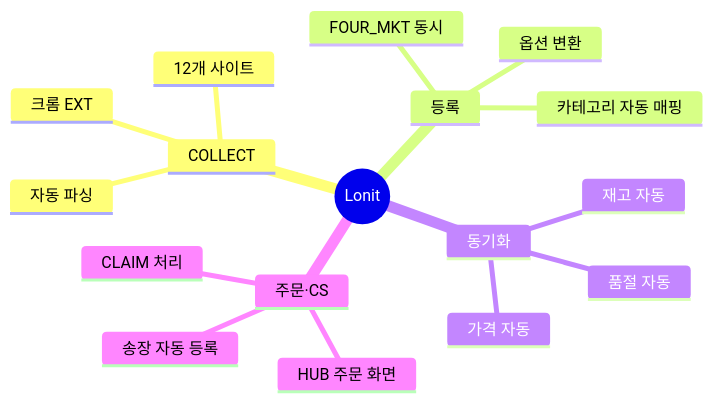
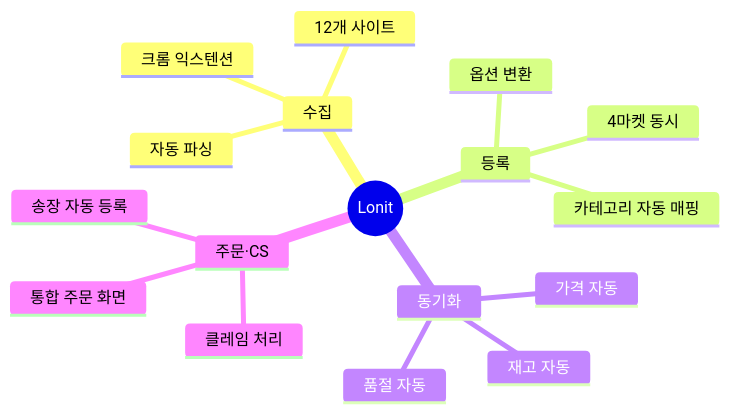
The second of 10 diagrams in docs/02-architecture.md (cksdud5785-design/lonit-manual), drawn with Mermaid before and after one commit. The commit also changed other lines of this file and 4 other files, not shown here.

First line of the commit message:
fix: mermaid 라벨 false positive 한국어 복원

````diff
--- a/docs/02-architecture.md
+++ b/docs/02-architecture.md
@@ -52,20 +52,20 @@
 ```mermaid
 mindmap
   root((Lonit))
-    COLLECT
-      크롬 EXT
+    수집
+      크롬 익스텐션
       12개 사이트
       자동 파싱
     등록
-      FOUR_MKT 동시
+      4마켓 동시
       카테고리 자동 매핑
       옵션 변환
     동기화
       가격 자동
       재고 자동
       품절 자동
     주문·CS
-      HUB 주문 화면
+      통합 주문 화면
       송장 자동 등록
-      CLAIM 처리
+      클레임 처리
 ```
````
